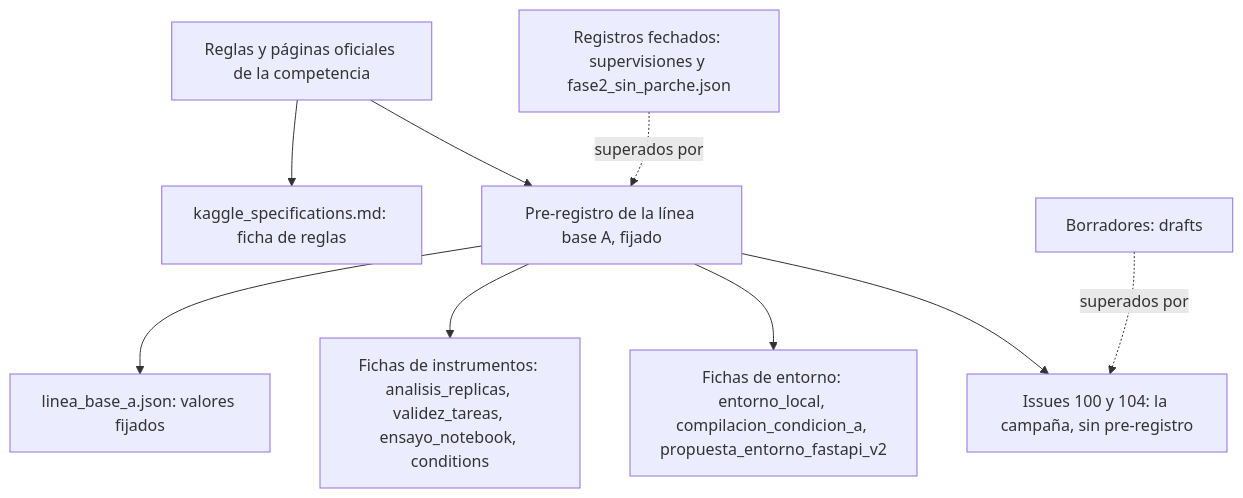
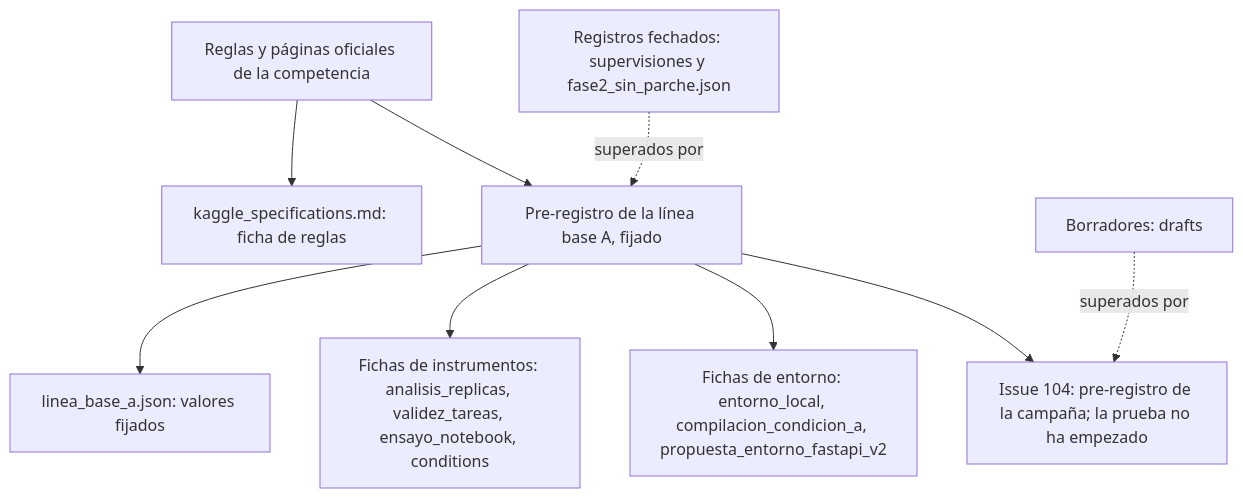
The sixth of 6 diagrams in experiments/gemma_developer_agent/README.md (cherrera0001/Agents_Learning_Loops), drawn with Mermaid before and after one commit. The commit also changed other lines of this file and 4 other files, not shown here.

````diff
--- a/experiments/gemma_developer_agent/README.md
+++ b/experiments/gemma_developer_agent/README.md
@@ -836,20 +835,20 @@
 ```mermaid
 flowchart TD
     OF["Reglas y páginas oficiales de la competencia"]
     ES["kaggle_specifications.md: ficha de reglas"]
     PR["Pre-registro de la línea base A, fijado"]
     JS["linea_base_a.json: valores fijados"]
-    CA["Issues 100 y 104: la campaña, sin pre-registro"]
+    CA["Issue 104: pre-registro de la campaña; la prueba no ha empezado"]
     FI["Fichas de instrumentos: analisis_replicas, validez_tareas, ensayo_notebook, conditions"]
     EN["Fichas de entorno: entorno_local, compilacion_condicion_a, propuesta_entorno_fastapi_v2"]
     RF["Registros fechados: supervisiones y fase2_sin_parche.json"]
     BO["Borradores: drafts"]
     OF --> ES
     OF --> PR
     PR --> JS
     PR --> FI
     PR --> EN
     PR --> CA
     RF -.->|"superados por"| PR
     BO -.->|"superados por"| CA
 ```
````
